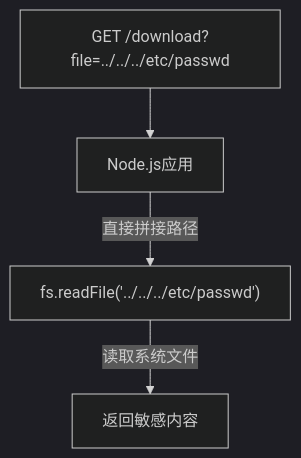
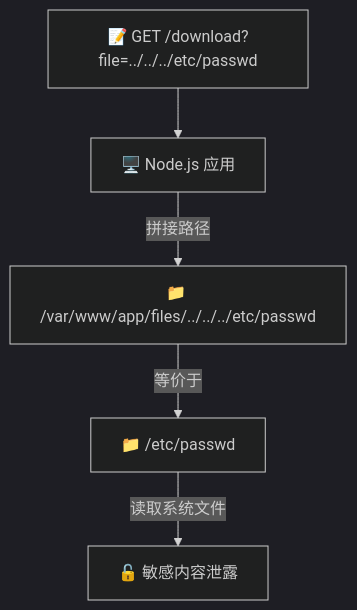
Before and after one commit to zhangshichuan/maxzhang.site: the ninth of 14 diagrams in articles/zh/nodejs-security-guide.mdx, drawn with Mermaid (dark theme). The commit also changed other lines of this file and 1 other file, not shown here.

````diff
--- a/articles/zh/nodejs-security-guide.mdx
+++ b/articles/zh/nodejs-security-guide.mdx
@@ -258,6 +928,7 @@
 ```mermaid
 flowchart TD
-    Request["GET /download?file=../../../etc/passwd"] --> App["Node.js应用"]
-    App -->|"直接拼接路径"| FS["fs.readFile('../../../etc/passwd')"]
-    FS -->|"读取系统文件"| Return["返回敏感内容"]
+    Request["📝 GET /download?file=../../../etc/passwd"] --> App["🖥️ Node.js 应用"]
+    App -->|"拼接路径"| Path["📁 /var/www/app/files/../../../etc/passwd"]
+    Path -->|"等价于"| Final["📁 /etc/passwd"]
+    Final -->|"读取系统文件"| Content["🔓 敏感内容泄露"]
 ```
````
